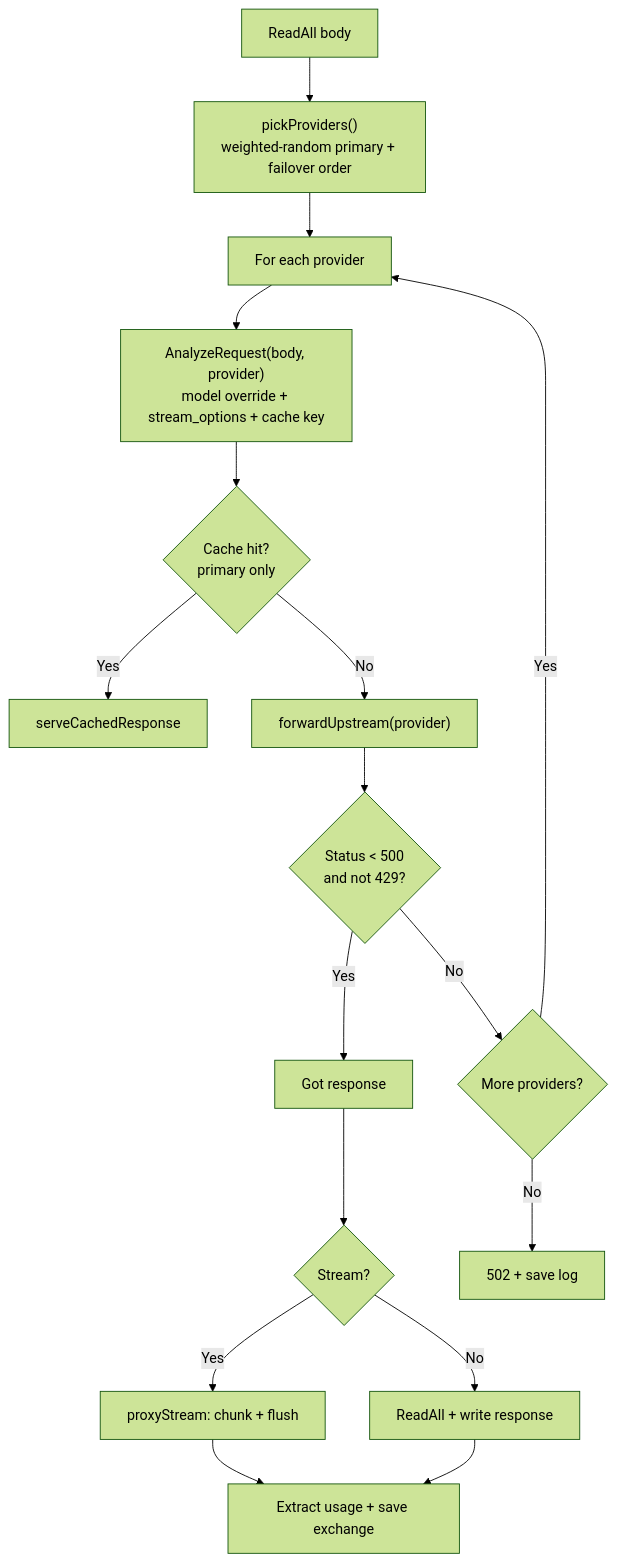
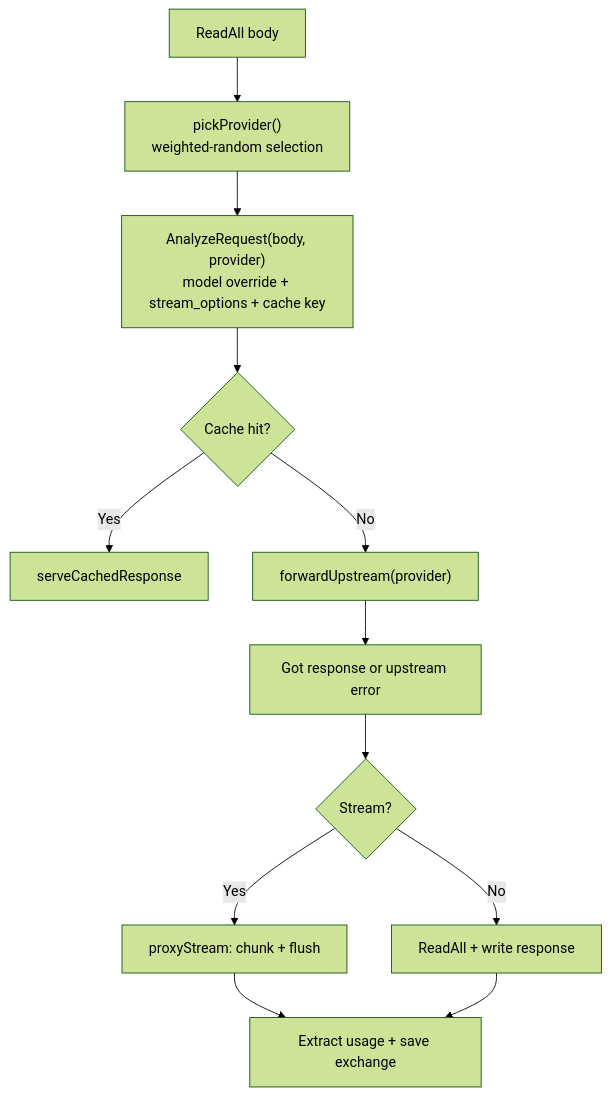
One commit to jiacai2050/ai-menshen changed the second of 2 diagrams in docs/proxy-flow.md. Above: the diagram before and after it, drawn with Mermaid (forest theme). The commit also changed other lines of this file and 4 other files, not shown here.

First line of the commit message:
refactor(proxy): simplify provider selection to single weighted random

````diff
--- a/docs/proxy-flow.md
+++ b/docs/proxy-flow.md
@@ -19,21 +19,14 @@
 ```mermaid
 flowchart TD
-    AUDIT[ReadAll body] --> PICK["pickProviders()<br/>weighted-random primary + failover order"]
-    PICK --> LOOP["For each provider"]
-
-    LOOP --> ANALYZE["AnalyzeRequest(body, provider)<br/>model override + stream_options + cache key"]
-    ANALYZE --> CACHE{Cache hit?<br/>primary only}
+    AUDIT[ReadAll body] --> PICK["pickProvider()<br/>weighted-random selection"]
+    PICK --> ANALYZE["AnalyzeRequest(body, provider)<br/>model override + stream_options + cache key"]
+    ANALYZE --> CACHE{Cache hit?}
     CACHE -->|Yes| R1[serveCachedResponse]
     CACHE -->|No| UPSTREAM["forwardUpstream(provider)"]
-    UPSTREAM --> OK{Status < 500<br/>and not 429?}
-    OK -->|Yes| RESP[Got response]
-    OK -->|No| NEXT{More providers?}
-    NEXT -->|Yes| LOOP
-    NEXT -->|No| R2[502 + save log]
-
+    UPSTREAM --> RESP[Got response or upstream error]
     RESP --> STREAM{Stream?}
     STREAM -->|Yes| R3[proxyStream: chunk + flush]
     STREAM -->|No| R4[ReadAll + write response]
     R3 --> SAVE[Extract usage + save exchange]
     R4 --> SAVE
 ```
````
